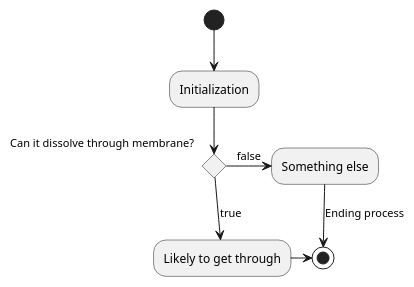
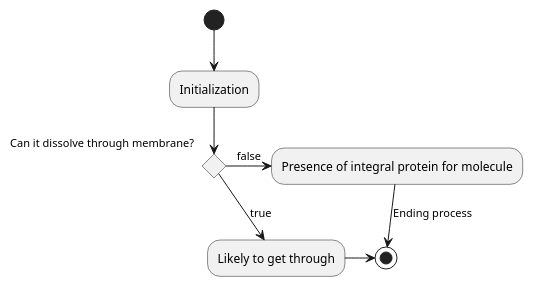
The diagram in Biology/Cell-Biology/Cell-Membrane.md (ashwinreddy/wiki), drawn with PlantUML before and after one commit.

Commit message:
Updated Cell%20Membrane (markdown)

```diff
--- a/Biology/Cell-Biology/Cell-Membrane.md
+++ b/Biology/Cell-Biology/Cell-Membrane.md
@@ -40,10 +40,10 @@
 @startuml
 (*) --> "Initialization"
 if "Can it dissolve through membrane?" then
   -->[true] "Likely to get through"
   -right-> (*)
 else
-  ->[false] "Something else"
+  ->[false] "Presence of integral protein for molecule"
   -->[Ending process] (*)
 endif
 @enduml
```
